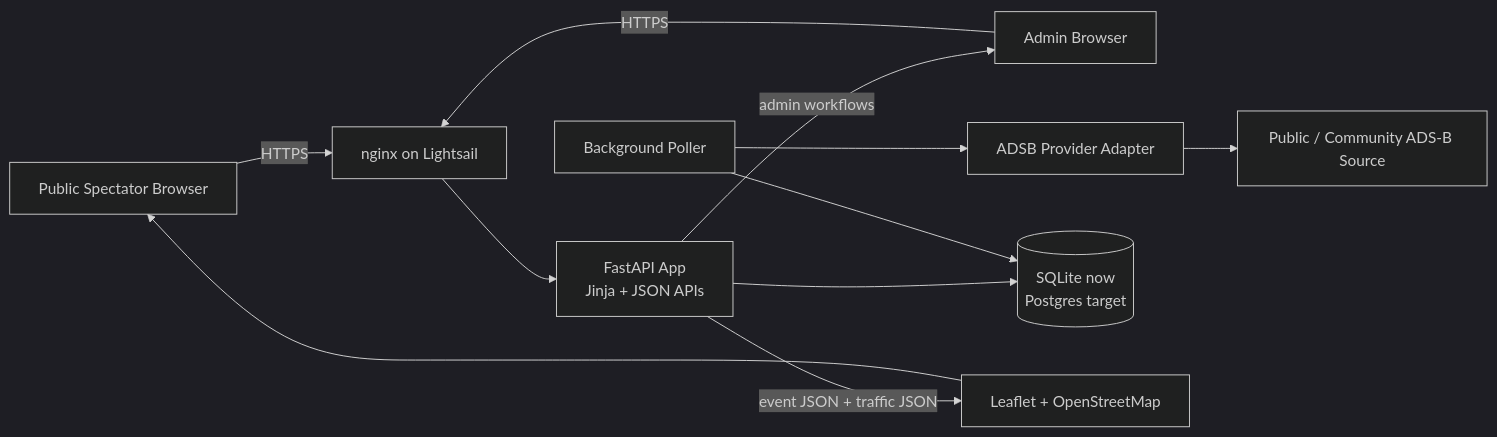
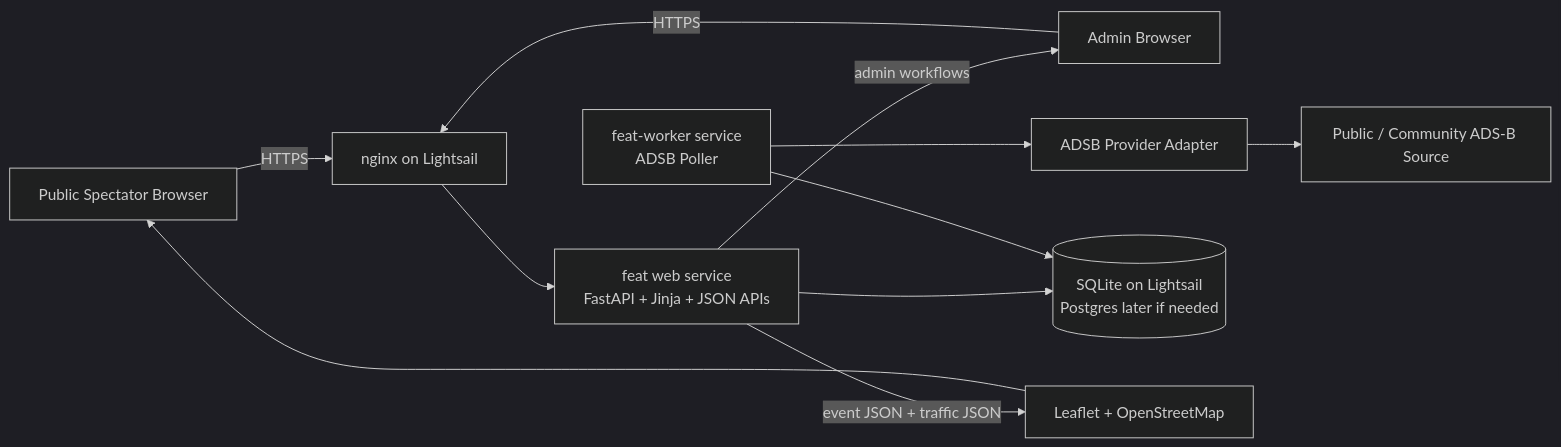
The diagram in README.md (davideellis/Flying_Event_ADSB_Tracker), drawn with Mermaid (dark theme) before and after one commit. The commit also changed 1 other file, not shown here.

Commit message:
Update architecture docs for separate worker runtime

````diff
--- a/README.md
+++ b/README.md
@@ -35,25 +35,25 @@
 ```mermaid
 flowchart LR
     Spectator[Public Spectator Browser]
     Admin[Admin Browser]
     Nginx[nginx on Lightsail]
-    App[FastAPI App<br/>Jinja + JSON APIs]
-    Worker[Background Poller]
+    Web[feat web service<br/>FastAPI + Jinja + JSON APIs]
+    Worker[feat-worker service<br/>ADSB Poller]
     Provider[ADSB Provider Adapter]
     PublicSource[Public / Community ADS-B Source]
-    DB[(SQLite now<br/>Postgres target)]
+    DB[(SQLite on Lightsail<br/>Postgres later if needed)]
     Map[Leaflet + OpenStreetMap]
 
     Spectator -->|HTTPS| Nginx
     Admin -->|HTTPS| Nginx
-    Nginx --> App
+    Nginx --> Web
 
-    App --> DB
+    Web --> DB
     Worker --> DB
     Worker --> Provider
     Provider --> PublicSource
 
-    App -->|event JSON + traffic JSON| Map
+    Web -->|event JSON + traffic JSON| Map
     Map --> Spectator
-    App -->|admin workflows| Admin
+    Web -->|admin workflows| Admin
 ```
````
